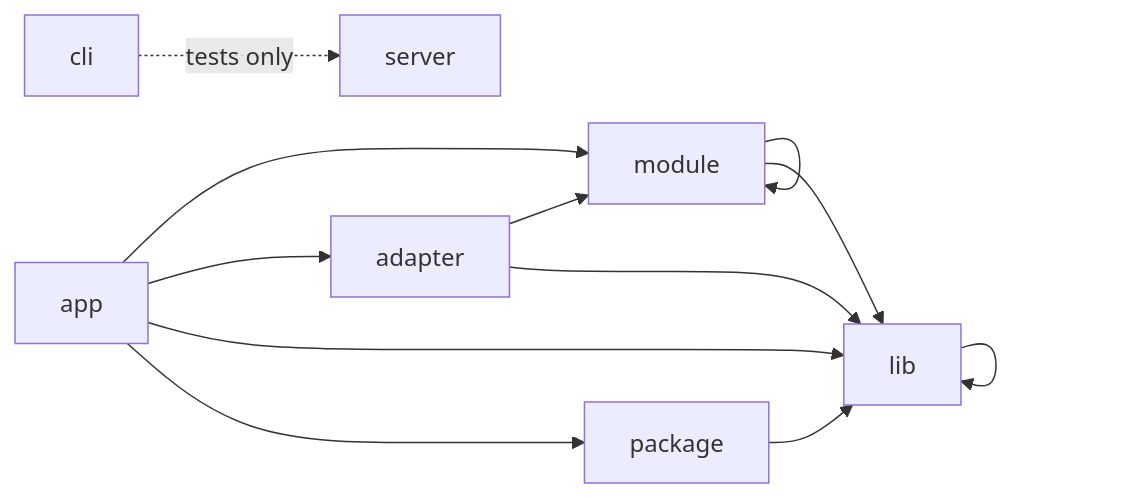
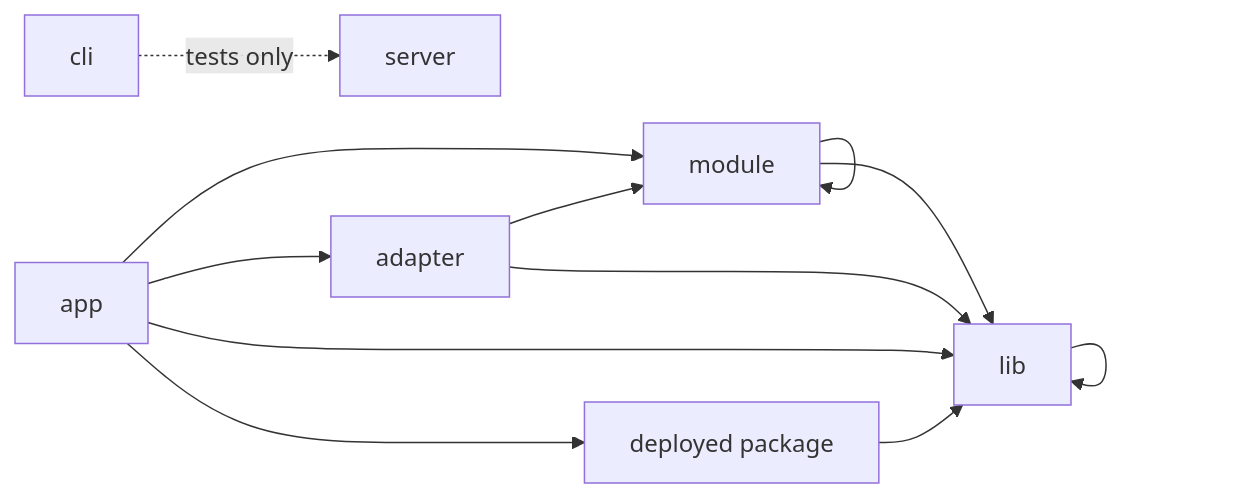
The diagram in docs/architecture/repo/layout.md (zgeoff/boxxy), drawn with Mermaid before and after one commit. The commit also changed other lines of this file and 14 other files, not shown here.

Commit message:
docs: act on the second cold reads of the architecture docs

````diff
--- a/docs/architecture/repo/layout.md
+++ b/docs/architecture/repo/layout.md
@@ -67,14 +73,14 @@
 ```mermaid
 flowchart LR
   app --> module
   app --> adapter
   app --> lib
-  app --> package
+  app --> deployed[deployed package]
   module --> module
   module --> lib
   adapter --> module
   adapter --> lib
-  package --> lib
+  deployed --> lib
   lib --> lib
   cli -. tests only .-> server
 ```
````
